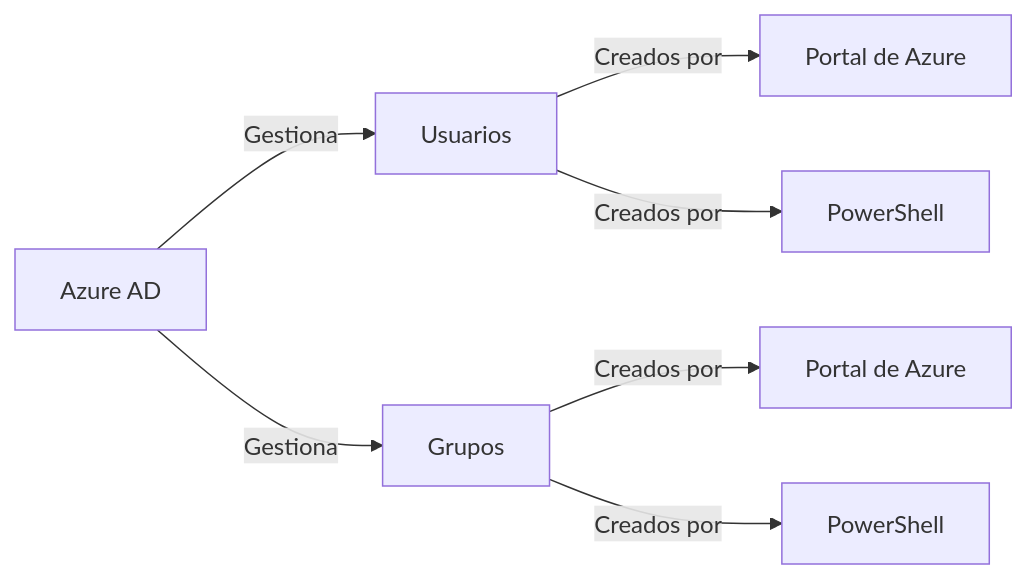
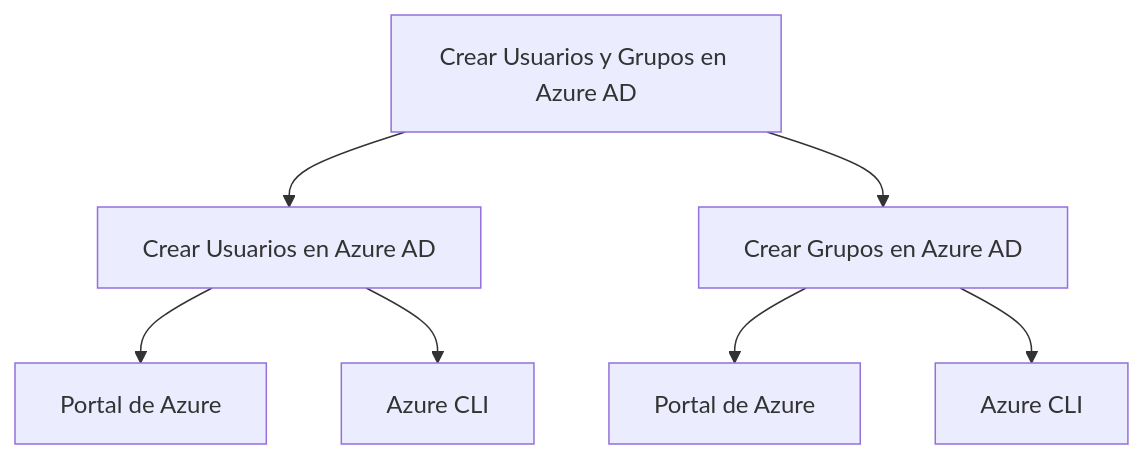
Before and after one commit to fedesantamarina/az-104: the fifth of 6 diagrams in Crear Usuarios y Grupos en Azure AD.md, drawn with Mermaid. The commit also changed other lines of this file, not shown here.

````diff
--- a/Crear Usuarios y Grupos en Azure AD.md
+++ b/Crear Usuarios y Grupos en Azure AD.md
@@ -96,9 +70,10 @@
 ```mermaid
-graph LR;
-  A[Azure AD] -->|Gestiona| B1[Usuarios]
-  A -->|Gestiona| B2[Grupos]
-  B1 -->|Creados por| C1[Portal de Azure]
-  B1 -->|Creados por| C2[PowerShell]
-  B2 -->|Creados por| C3[Portal de Azure]
-  B2 -->|Creados por| C4[PowerShell]
+graph TD
+  A[Crear Usuarios y Grupos en Azure AD]
+  A --> B1[Crear Usuarios en Azure AD]
+  A --> B2[Crear Grupos en Azure AD]
+  B1 --> C1[Portal de Azure]
+  B1 --> C2[Azure CLI]
+  B2 --> D1[Portal de Azure]
+  B2 --> D2[Azure CLI]
 ```
````
